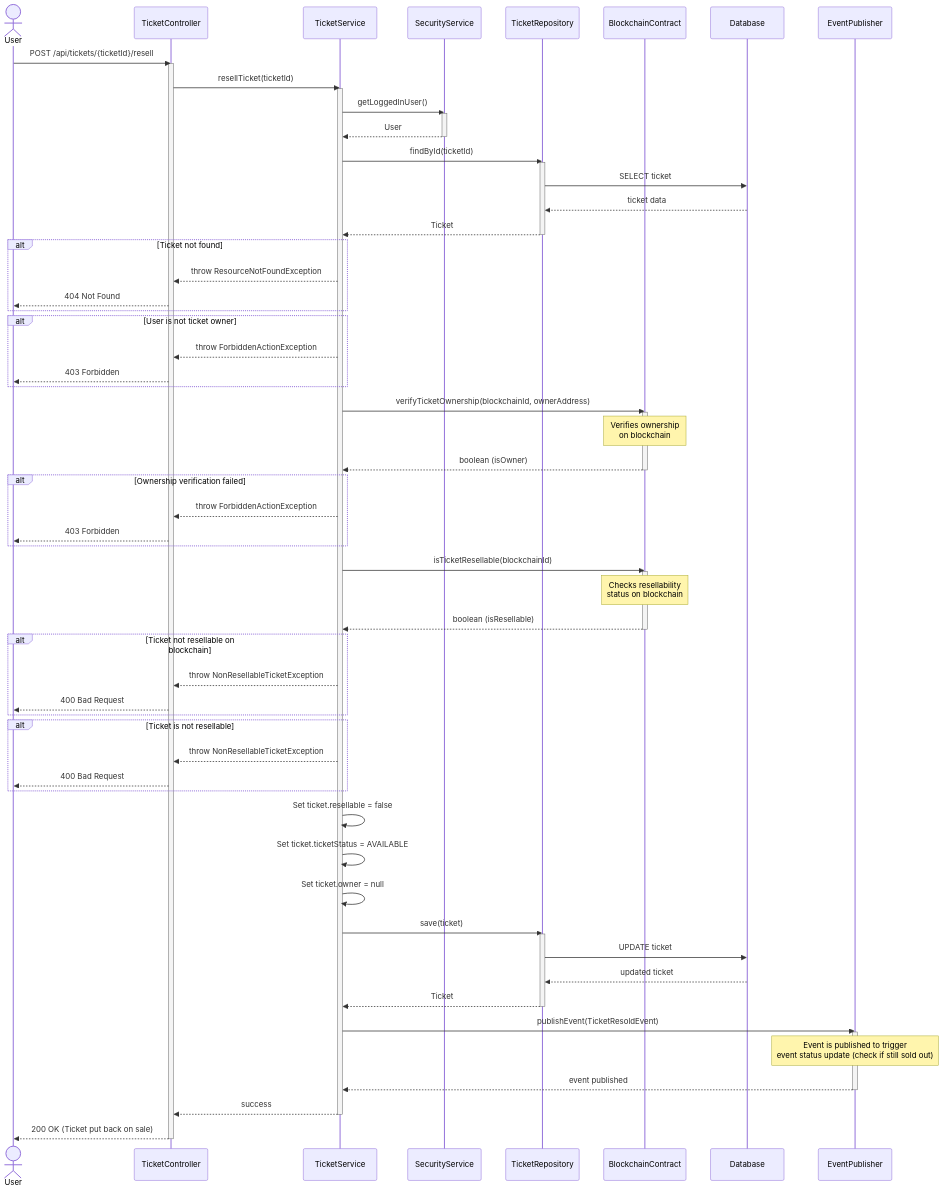
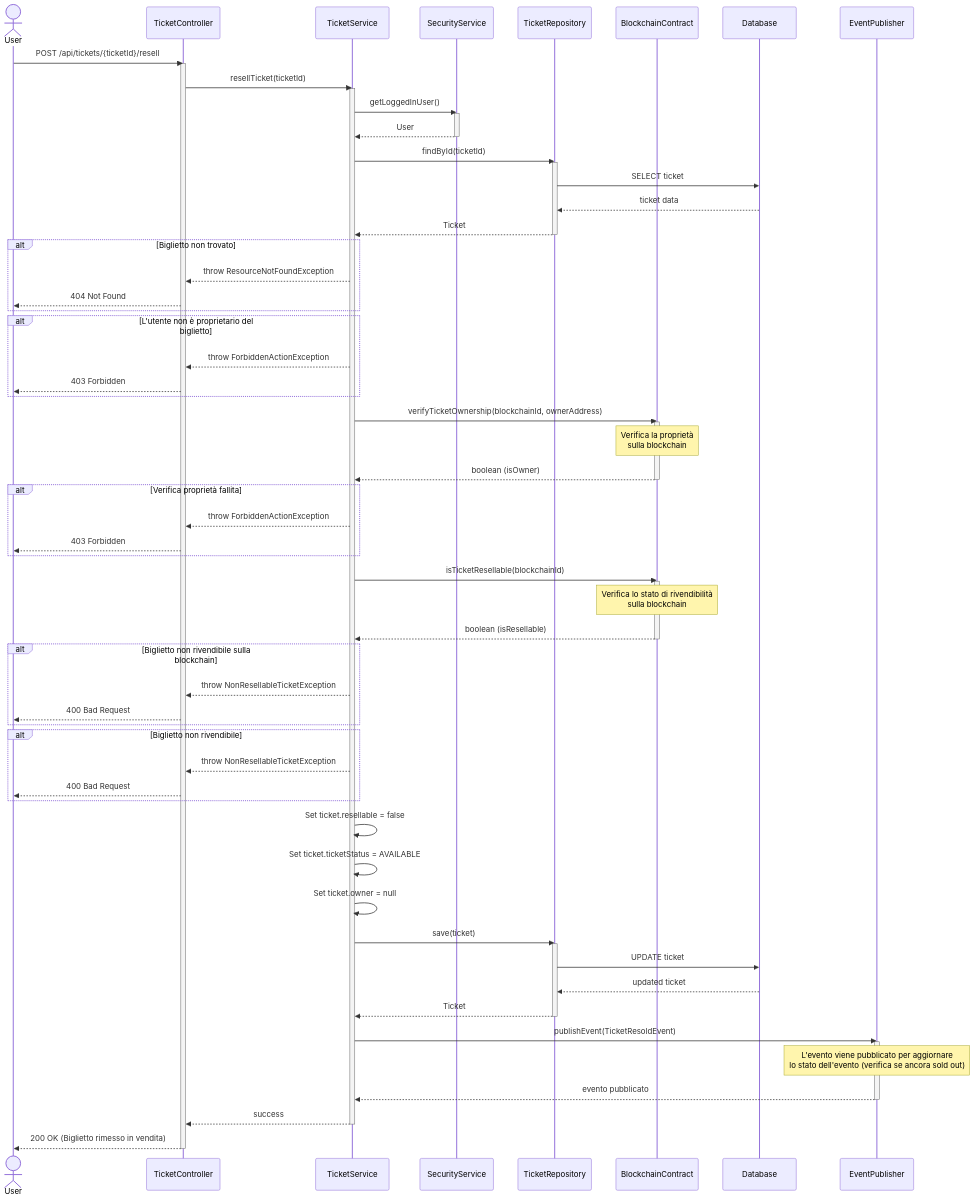
Before and after one commit to s-lusito/TicketBlock-Ing_Sw: the diagram in docs/sequence-ticket-resale.md, drawn with Mermaid. The commit also changed other lines of this file and 6 other files, not shown here.

Commit message:
Translate UML diagram comments to Italian while keeping code elements in English

````diff
--- a/docs/sequence-ticket-resale.md
+++ b/docs/sequence-ticket-resale.md
@@ -30,39 +30,39 @@
     TicketRepo-->>Service: Ticket
     deactivate TicketRepo
     
-    alt Ticket not found
+    alt Biglietto non trovato
         Service-->>Controller: throw ResourceNotFoundException
         Controller-->>User: 404 Not Found
     end
     
-    alt User is not ticket owner
+    alt L'utente non è proprietario del biglietto
         Service-->>Controller: throw ForbiddenActionException
         Controller-->>User: 403 Forbidden
     end
     
     Service->>TicketContract: verifyTicketOwnership(blockchainId, ownerAddress)
     activate TicketContract
-    Note over TicketContract: Verifies ownership<br/>on blockchain
+    Note over TicketContract: Verifica la proprietà<br/>sulla blockchain
     TicketContract-->>Service: boolean (isOwner)
     deactivate TicketContract
     
-    alt Ownership verification failed
+    alt Verifica proprietà fallita
         Service-->>Controller: throw ForbiddenActionException
         Controller-->>User: 403 Forbidden
     end
     
     Service->>TicketContract: isTicketResellable(blockchainId)
     activate TicketContract
-    Note over TicketContract: Checks resellability<br/>status on blockchain
+    Note over TicketContract: Verifica lo stato di rivendibilità<br/>sulla blockchain
     TicketContract-->>Service: boolean (isResellable)
     deactivate TicketContract
     
-    alt Ticket not resellable on blockchain
+    alt Biglietto non rivendibile sulla blockchain
         Service-->>Controller: throw NonResellableTicketException
         Controller-->>User: 400 Bad Request
     end
     
-    alt Ticket is not resellable
+    alt Biglietto non rivendibile
         Service-->>Controller: throw NonResellableTicketException
         Controller-->>User: 400 Bad Request
     end
@@ -80,13 +80,13 @@
     
     Service->>EventPublisher: publishEvent(TicketResoldEvent)
     activate EventPublisher
-    Note over EventPublisher: Event is published to trigger<br/>event status update (check if still sold out)
-    EventPublisher-->>Service: event published
+    Note over EventPublisher: L'evento viene pubblicato per aggiornare<br/>lo stato dell'evento (verifica se ancora sold out)
+    EventPublisher-->>Service: evento pubblicato
     deactivate EventPublisher
     
     Service-->>Controller: success
     deactivate Service
     
-    Controller-->>User: 200 OK (Ticket put back on sale)
+    Controller-->>User: 200 OK (Biglietto rimesso in vendita)
     deactivate Controller
 ```
````
